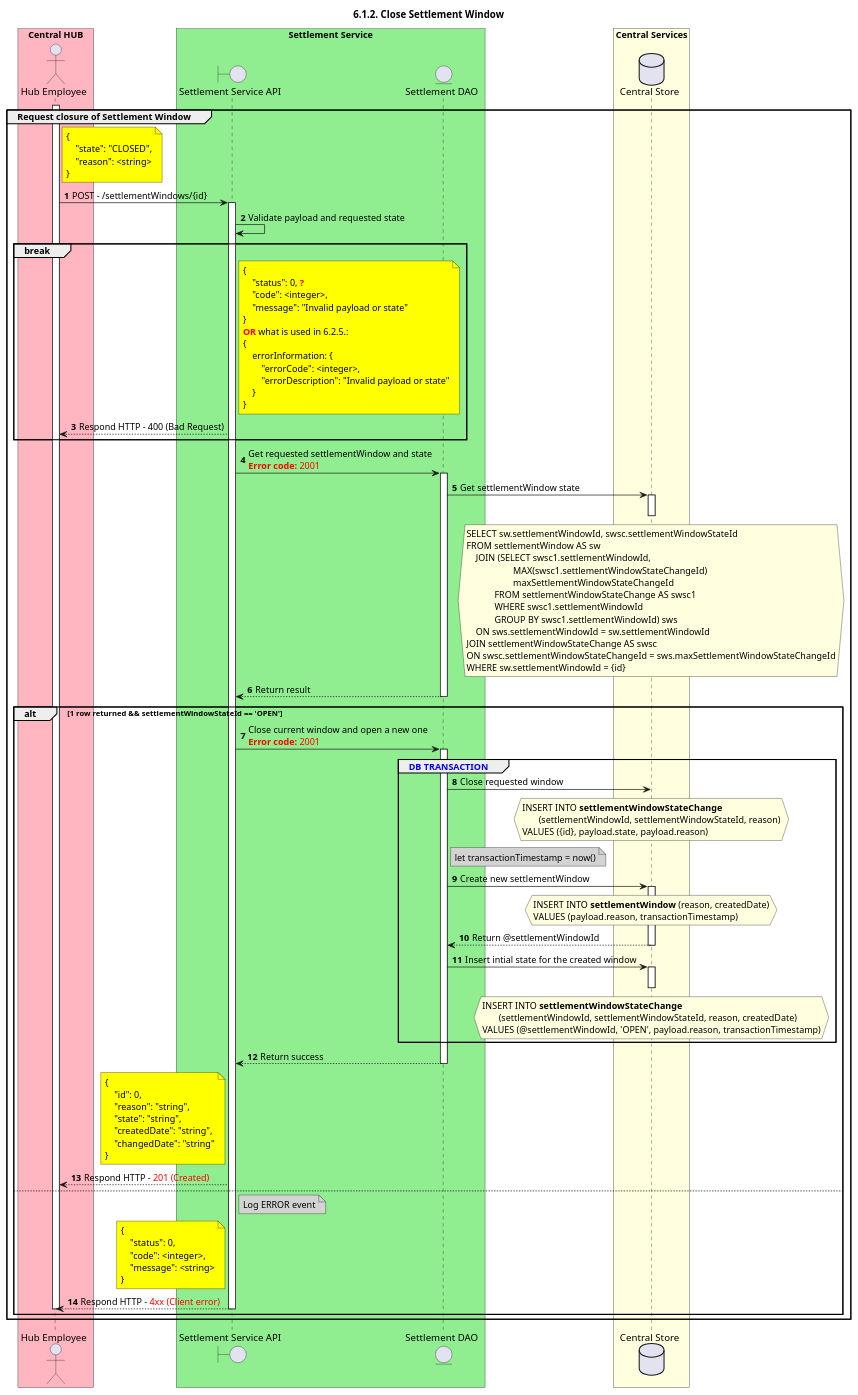
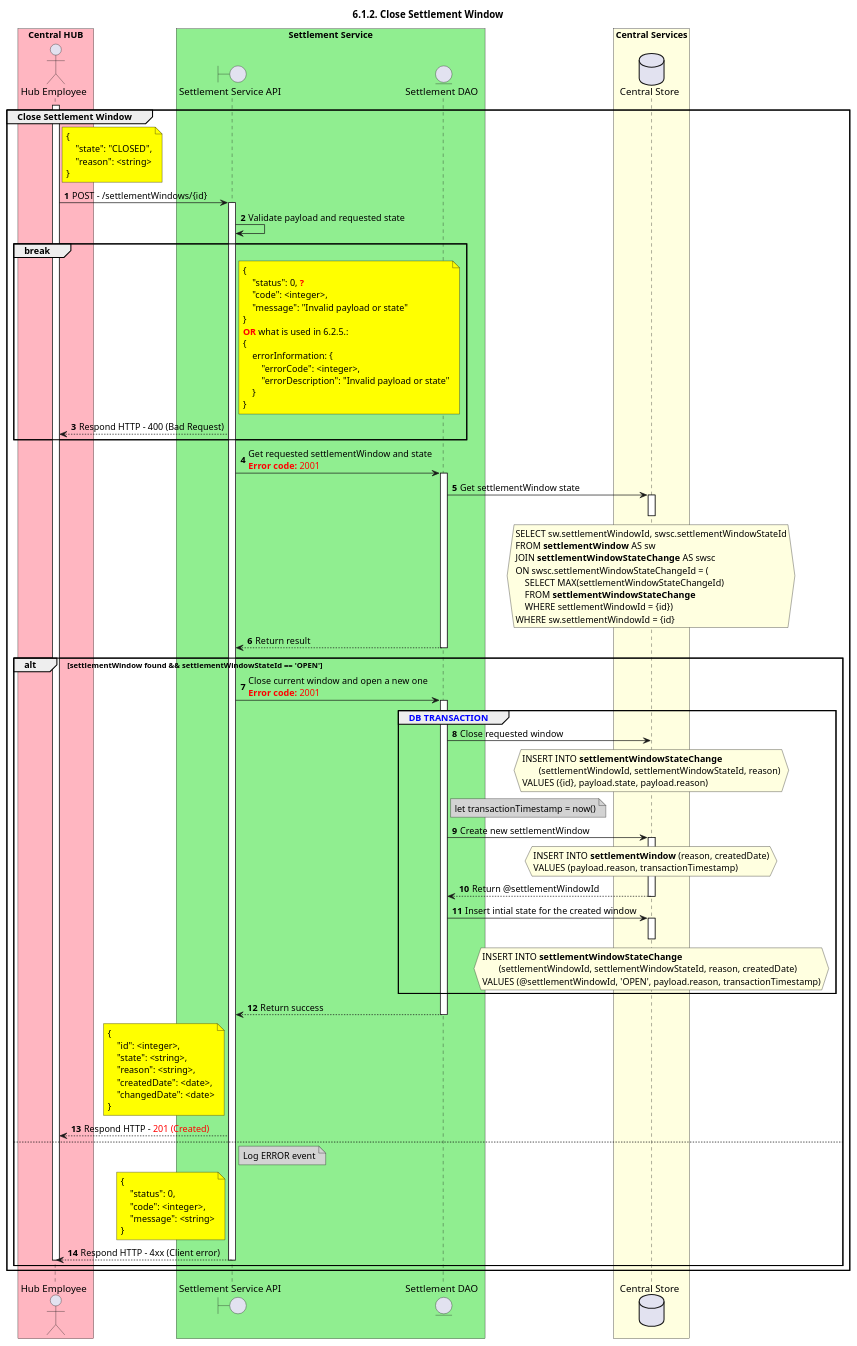
Before and after one commit to HenkKodde/docs: the diagram in CentralServices/seq_diagrams/seq-settleWindow-6.1.2.plantuml, drawn with PlantUML. The commit also changed 8 other files, not shown here.

```diff
--- a/CentralServices/seq_diagrams/seq-settleWindow-6.1.2.plantuml
+++ b/CentralServices/seq_diagrams/seq-settleWindow-6.1.2.plantuml
@@ -1,142 +1,138 @@
 @startuml
 ' declate title
 title 6.1.2. Close Settlement Window
 
 autonumber
 
 ' declare actors
 actor "Hub Employee" as OPERATOR
 boundary "Settlement Service API" as SSAPI
 entity "Settlement DAO" as SETTLE_DAO
 database "Central Store" as DB
 
 box "Central HUB" #LightPink
     participant OPERATOR
 end box
 
 box "Settlement Service" #LightGreen
     participant SSAPI
     participant SETTLE_DAO
 end box
 
 box "Central Services" #LightYellow
     participant DB
 end box
 
 ' start flow
-group Request closure of Settlement Window
+group Close Settlement Window
     activate OPERATOR
     note right of OPERATOR #Yellow
         {
             "state": "CLOSED",
             "reason": <string>
         }
     end note
 
     OPERATOR -> SSAPI: POST - /settlementWindows/{id}
     activate SSAPI
     SSAPI -> SSAPI: Validate payload and requested state
     break
         note right of SSAPI #yellow
             {
                 "status": 0, <color #FF0000>**?**</color>
                 "code": <integer>,
                 "message": "Invalid payload or state"
             }
             <color #FF0000>**OR**</color> what is used in 6.2.5.:
             {
                 errorInformation: {
                     "errorCode": <integer>,
                     "errorDescription": "Invalid payload or state"
                 }
             }
         end note
         OPERATOR <-- SSAPI: Respond HTTP - 400 (Bad Request)
     end
     SSAPI -> SETTLE_DAO: Get requested settlementWindow and state\n<color #FF0000><b>Error code:</b> 2001</color>
     activate SETTLE_DAO
     SETTLE_DAO -> DB: Get settlementWindow state
     activate DB
     hnote over DB #lightyellow
         SELECT sw.settlementWindowId, swsc.settlementWindowStateId
-        FROM settlementWindow AS sw
-            JOIN (SELECT swsc1.settlementWindowId, 
-                            MAX(swsc1.settlementWindowStateChangeId)
-                            maxSettlementWindowStateChangeId
-                    FROM settlementWindowStateChange AS swsc1
-                    WHERE swsc1.settlementWindowId
-                    GROUP BY swsc1.settlementWindowId) sws
-            ON sws.settlementWindowId = sw.settlementWindowId
-        JOIN settlementWindowStateChange AS swsc
-        ON swsc.settlementWindowStateChangeId = sws.maxSettlementWindowStateChangeId
+        FROM **settlementWindow** AS sw
+        JOIN **settlementWindowStateChange** AS swsc
+        ON swsc.settlementWindowStateChangeId = (
+            SELECT MAX(settlementWindowStateChangeId)
+            FROM **settlementWindowStateChange**
+            WHERE settlementWindowId = {id})
         WHERE sw.settlementWindowId = {id}
     end hnote
     deactivate DB
     SETTLE_DAO --> SSAPI: Return result
     deactivate SETTLE_DAO
 
-    alt 1 row returned && settlementWindowStateId == 'OPEN'
+    alt settlementWindow found && settlementWindowStateId == 'OPEN'
         SSAPI -> SETTLE_DAO: Close current window and open a new one\n<color #FF0000><b>Error code:</b> 2001</color>
         activate SETTLE_DAO
         group <color #blue>DB TRANSACTION</color>
             SETTLE_DAO -> DB: Close requested window
             hnote over DB #LightYellow
                 INSERT INTO **settlementWindowStateChange**
                        (settlementWindowId, settlementWindowStateId, reason)
                 VALUES ({id}, payload.state, payload.reason)
             end hnote
             deactivate DB
 
             note right of SETTLE_DAO #lightgray
                 let transactionTimestamp = now()
             end note
 
             SETTLE_DAO -> DB: Create new settlementWindow
             activate DB
             hnote over DB #lightyellow
                 INSERT INTO **settlementWindow** (reason, createdDate)
                 VALUES (payload.reason, transactionTimestamp)
             end note
             SETTLE_DAO <-- DB: Return @settlementWindowId
             deactivate DB
 
             SETTLE_DAO -> DB: Insert intial state for the created window
             activate DB
             hnote over DB #lightyellow
                 INSERT INTO **settlementWindowStateChange**
                        (settlementWindowId, settlementWindowStateId, reason, createdDate)
                 VALUES (@settlementWindowId, 'OPEN', payload.reason, transactionTimestamp)
             end note
             deactivate DB
             deactivate DB
         end
         SSAPI <-- SETTLE_DAO: Return success
         deactivate SETTLE_DAO
 
         note left of SSAPI #yellow
             {
-                "id": 0,
-                "reason": "string",
-                "state": "string",
-                "createdDate": "string",
-                "changedDate": "string"
+                "id": <integer>,
+                "state": <string>,
+                "reason": <string>,
+                "createdDate": <date>,
+                "changedDate": <date>
             }
         end note
         OPERATOR <-- SSAPI: Respond HTTP - <color #FF0000>201 (Created)</color>
     else
         note right of SSAPI #lightgray
             Log ERROR event
         end note
         note left of SSAPI #yellow
             {
                 "status": 0,
                 "code": <integer>,
                 "message": <string>
             }
         end note
-        OPERATOR <-- SSAPI: Respond HTTP - <color #FF0000>4xx (Client error)</color>
+        OPERATOR <-- SSAPI: Respond HTTP - 4xx (Client error)
         deactivate SSAPI
         deactivate OPERATOR
     end
 end
 @enduml
```
